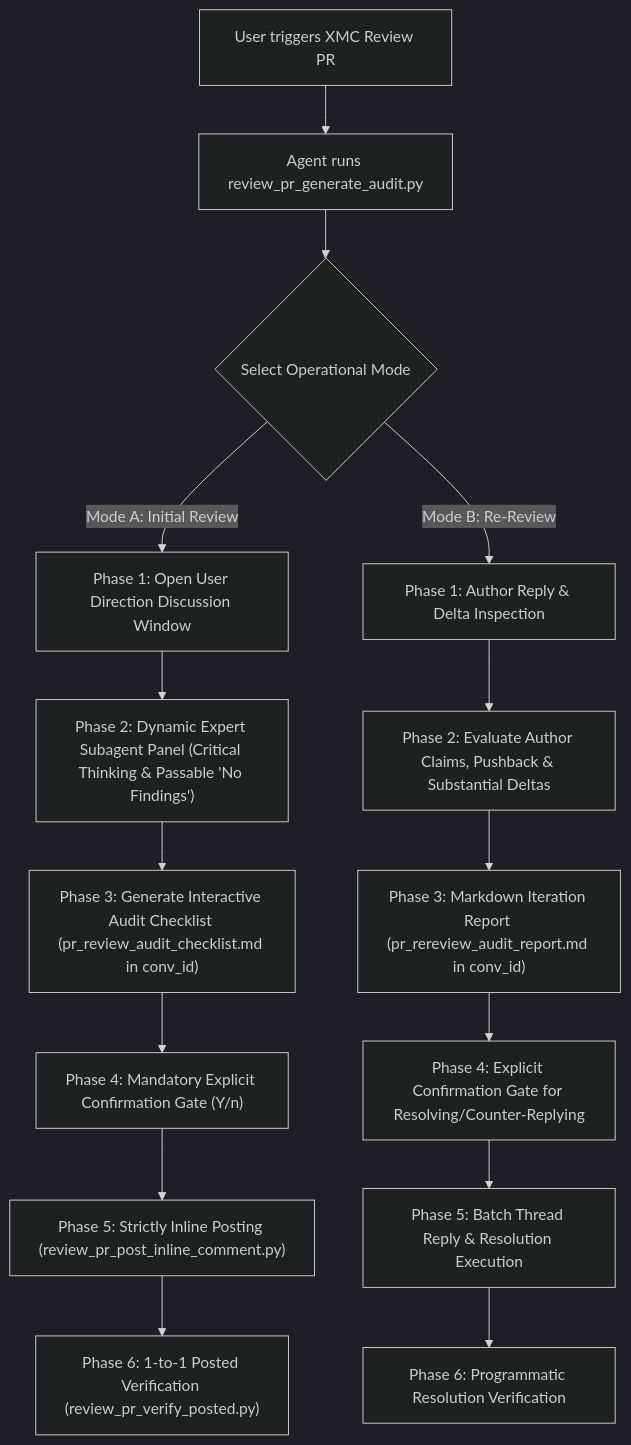
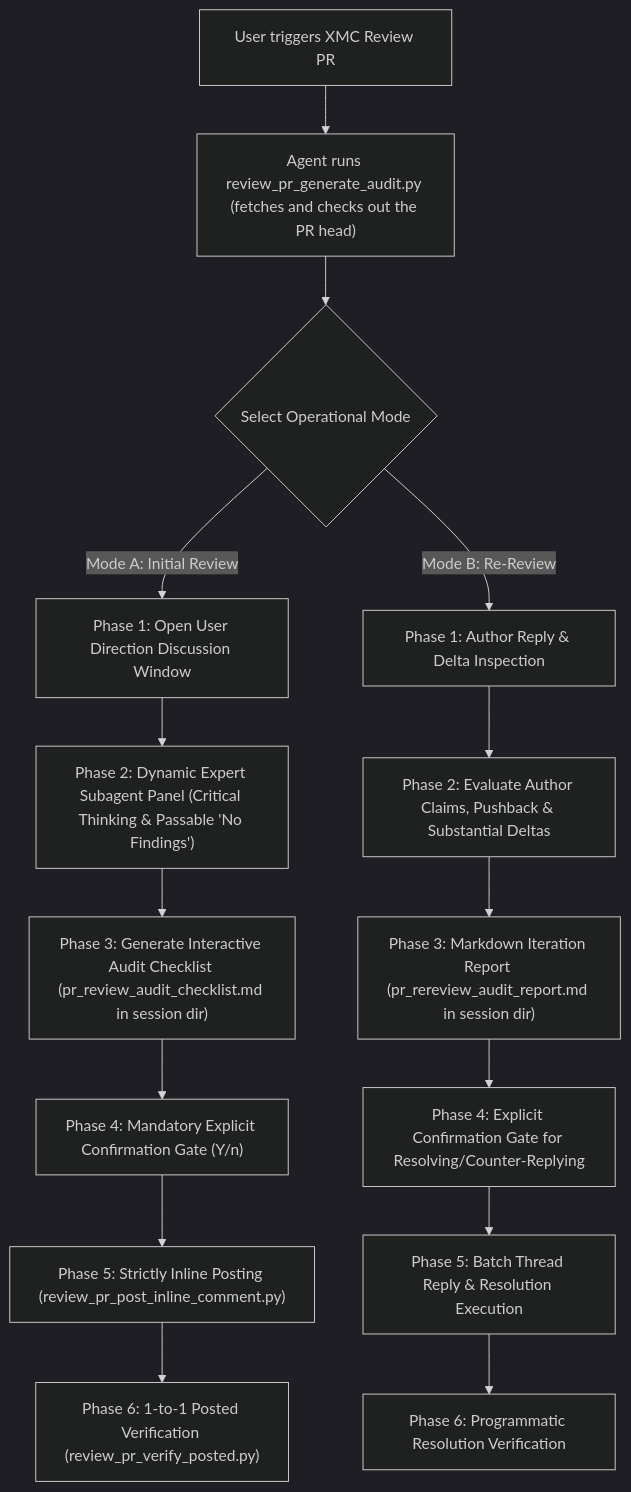
One commit to google/xmc changed the diagram in .agents/skills/xmc_review_pr/SKILL.md. Above: the diagram before and after it, drawn with Mermaid (dark theme). The commit also changed other lines of this file and 6 other files, not shown here.

````diff
--- a/.agents/skills/xmc_review_pr/SKILL.md
+++ b/.agents/skills/xmc_review_pr/SKILL.md
@@ -17,18 +17,18 @@
 ```mermaid
 graph TD
-    A["User triggers XMC Review PR"] --> B["Agent runs review_pr_generate_audit.py"]
+    A["User triggers XMC Review PR"] --> B["Agent runs review_pr_generate_audit.py (fetches and checks out the PR head)"]
     B --> C{"Select Operational Mode"}
     C -->|"Mode A: Initial Review"| D["Phase 1: Open User Direction Discussion Window"]
     D --> E["Phase 2: Dynamic Expert Subagent Panel (Critical Thinking & Passable 'No Findings')"]
-    E --> F["Phase 3: Generate Interactive Audit Checklist (pr_review_audit_checklist.md in conv_id)"]
+    E --> F["Phase 3: Generate Interactive Audit Checklist (pr_review_audit_checklist.md in session dir)"]
     F --> G["Phase 4: Mandatory Explicit Confirmation Gate (Y/n)"]
     G --> H["Phase 5: Strictly Inline Posting (review_pr_post_inline_comment.py)"]
     H --> I["Phase 6: 1-to-1 Posted Verification (review_pr_verify_posted.py)"]
 
     C -->|"Mode B: Re-Review"| J["Phase 1: Author Reply & Delta Inspection"]
     J --> K["Phase 2: Evaluate Author Claims, Pushback & Substantial Deltas"]
-    K --> L["Phase 3: Markdown Iteration Report (pr_rereview_audit_report.md in conv_id)"]
+    K --> L["Phase 3: Markdown Iteration Report (pr_rereview_audit_report.md in session dir)"]
     L --> M["Phase 4: Explicit Confirmation Gate for Resolving/Counter-Replying"]
     M --> N["Phase 5: Batch Thread Reply & Resolution Execution"]
     N --> O["Phase 6: Programmatic Resolution Verification"]
 ```
````
